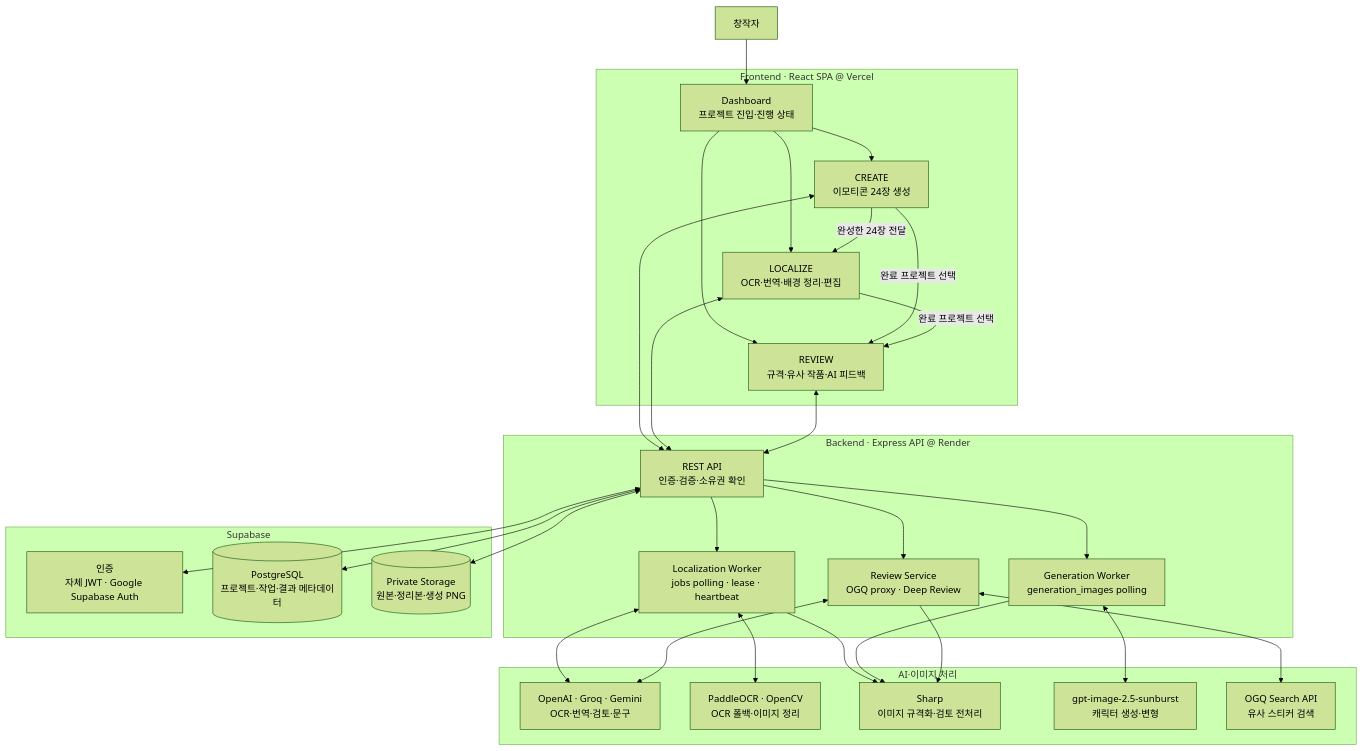
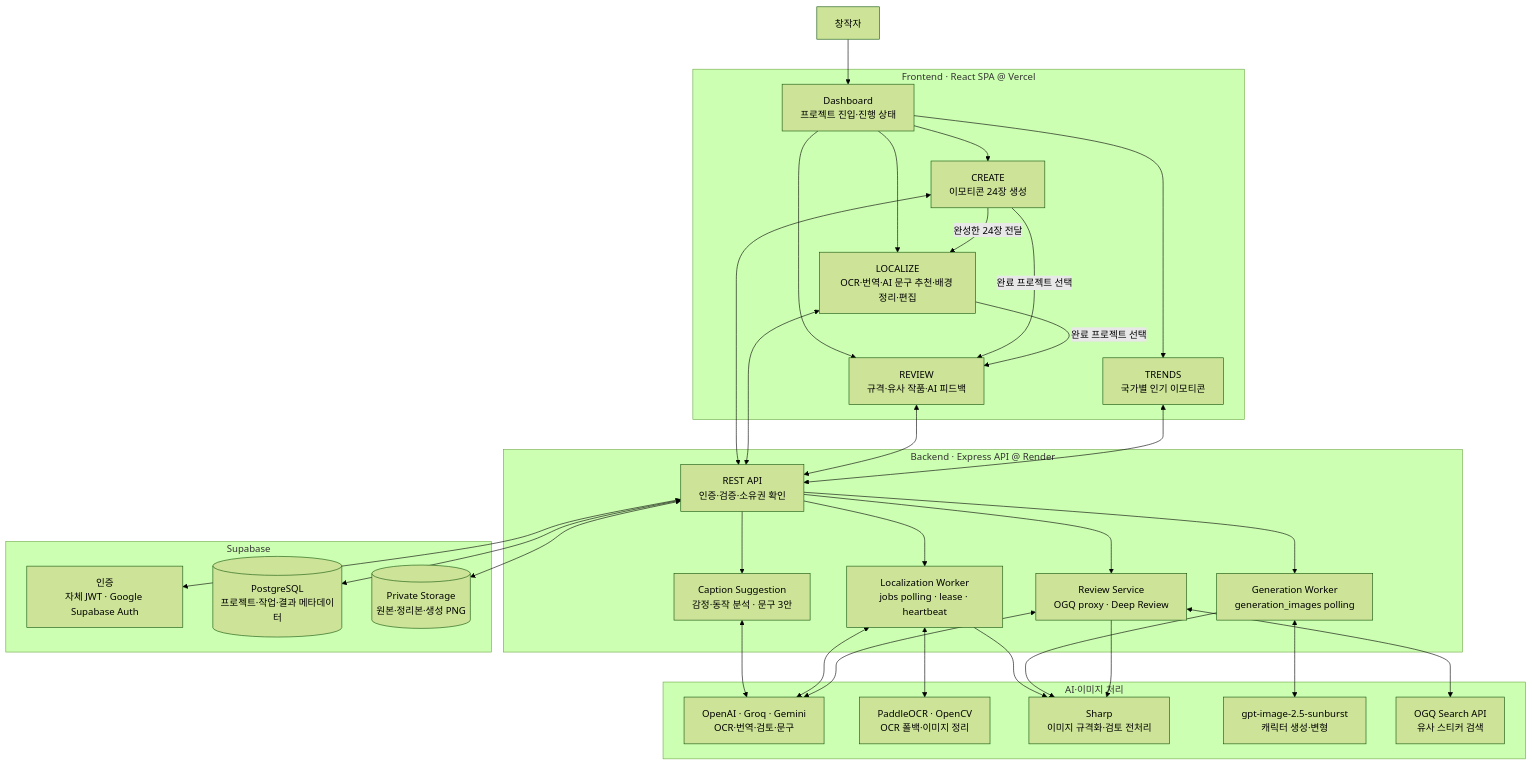
Before and after one commit to Linkshimcat/Glocalizer: the first of 4 diagrams in README.md, drawn with Mermaid (forest theme). The commit also changed other lines of this file and 2 other files, not shown here.

````diff
--- a/README.md
+++ b/README.md
@@ -41,58 +44,64 @@
 ```mermaid
 flowchart TB
     user["창작자"]
 
     subgraph client["Frontend · React SPA @ Vercel"]
         dashboard["Dashboard<br/>프로젝트 진입·진행 상태"]
         create["CREATE<br/>이모티콘 24장 생성"]
-        localize["LOCALIZE<br/>OCR·번역·배경 정리·편집"]
+        localize["LOCALIZE<br/>OCR·번역·AI 문구 추천·배경 정리·편집"]
         review["REVIEW<br/>규격·유사 작품·AI 피드백"]
+        trends["TRENDS<br/>국가별 인기 이모티콘"]
     end
 
     subgraph server["Backend · Express API @ Render"]
         api["REST API<br/>인증·검증·소유권 확인"]
         localizationWorker["Localization Worker<br/>jobs polling · lease · heartbeat"]
         generationWorker["Generation Worker<br/>generation_images polling"]
         reviewService["Review Service<br/>OGQ proxy · Deep Review"]
+        captionService["Caption Suggestion<br/>감정·동작 분석 · 문구 3안"]
     end
 
     subgraph data["Supabase"]
         auth["인증<br/>자체 JWT · Google Supabase Auth"]
         db[("PostgreSQL<br/>프로젝트·작업·결과 메타데이터")]
         storage[("Private Storage<br/>원본·정리본·생성 PNG")]
     end
 
     subgraph ai["AI·이미지 처리"]
         textVision["OpenAI · Groq · Gemini<br/>OCR·번역·검토·문구"]
         localOcr["PaddleOCR · OpenCV<br/>OCR 폴백·이미지 정리"]
         sharp["Sharp<br/>이미지 규격화·검토 전처리"]
         imageModel["gpt-image-2.5-sunburst<br/>캐릭터 생성·변형"]
         ogq["OGQ Search API<br/>유사 스티커 검색"]
     end
 
     user --> dashboard
     dashboard --> create
     dashboard --> localize
     dashboard --> review
+    dashboard --> trends
     create -->|"완성한 24장 전달"| localize
     create -->|"완료 프로젝트 선택"| review
     localize -->|"완료 프로젝트 선택"| review
 
     create <--> api
     localize <--> api
     review <--> api
+    trends <--> api
     api <--> auth
     api <--> db
     api <--> storage
     api --> localizationWorker
     api --> generationWorker
     api --> reviewService
+    api --> captionService
+    captionService <--> textVision
     localizationWorker <--> textVision
     localizationWorker <--> localOcr
     localizationWorker --> sharp
     generationWorker <--> imageModel
     generationWorker --> sharp
     reviewService <--> textVision
     reviewService --> sharp
     reviewService <--> ogq
 ```
````
